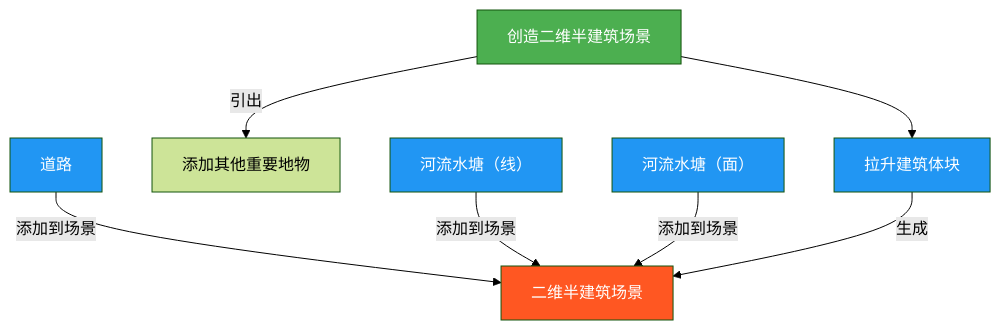
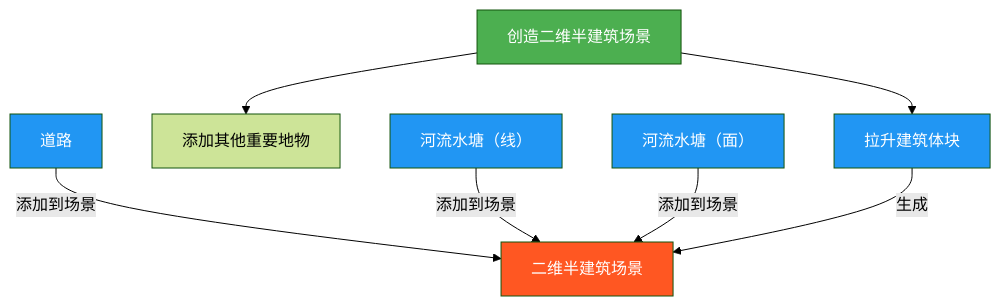
Before and after one commit to newguser/iodraw-files: the diagram in all/未命名.md, drawn with Mermaid (forest theme).

Commit message:
2025-02-27 21:51:21 update

````diff
--- a/all/未命名.md
+++ b/all/未命名.md
@@ -1,17 +1,17 @@
 ```mermaid
 graph TD
     A[创造二维半建筑场景] --> B[拉升建筑体块]
-    A -->|引出| C[添加其他重要地物]
-
+    A --> C[添加其他重要地物]
+C[添加其他重要地物]
         C1[道路] -->|添加到场景| D[二维半建筑场景]
         C2[河流水塘（线）] -->|添加到场景| D
         C3[河流水塘（面）] -->|添加到场景| D
 
 
     B -->|生成| D[二维半建筑场景]
 
     style A fill:#4CAF50,color:white
     style D fill:#FF5722,color:white
     classDef process fill:#2196F3,color:white;
     class B,C1,C2,C3 process
 ```
````
